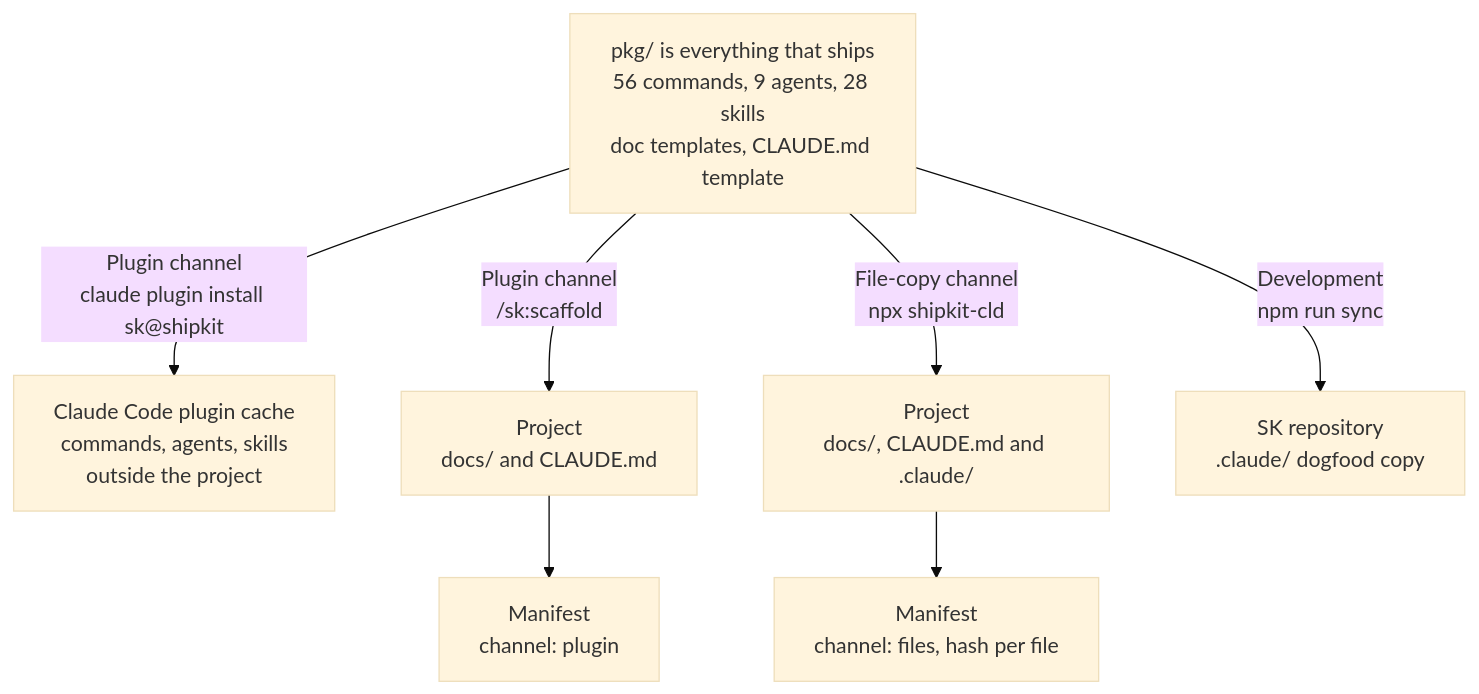
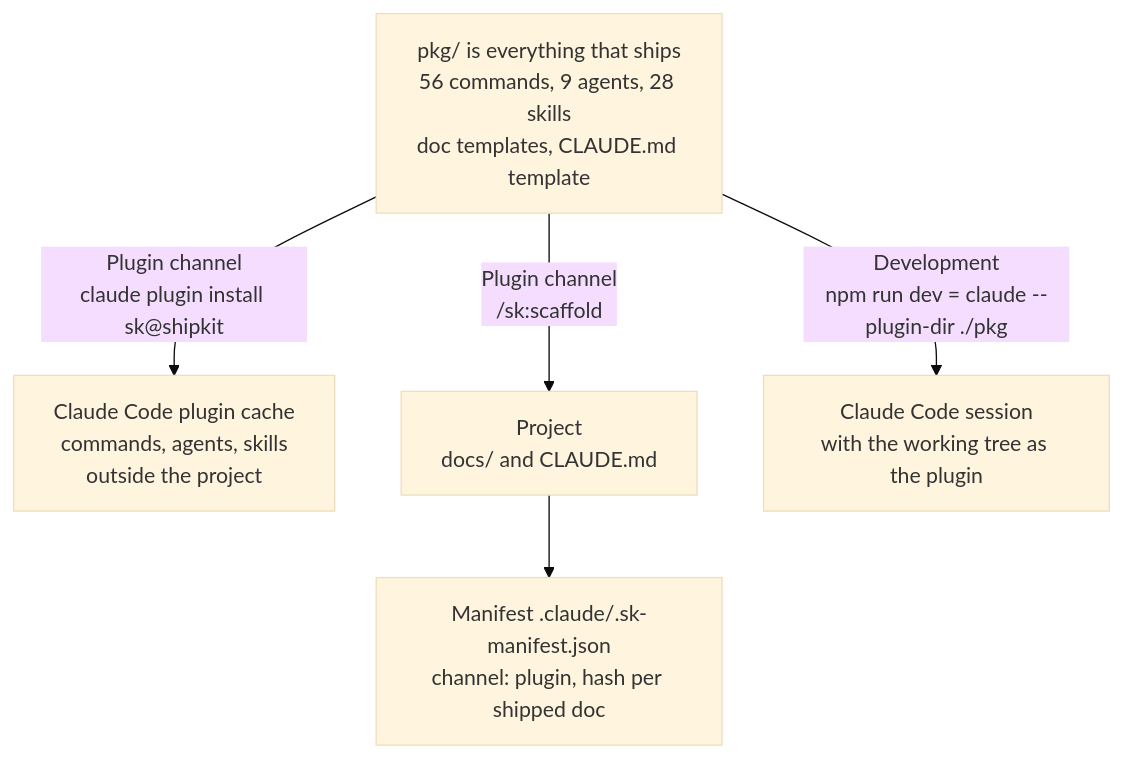
The diagram in docs/architecture/README.md (moniav/sk), drawn with Mermaid (base theme) before and after one commit. The commit also changed other lines of this file and 138 other files, not shown here.

First line of the commit message:
feat!: plugin is the only distribution channel; npx file-copy install removed

````diff
--- a/docs/architecture/README.md
+++ b/docs/architecture/README.md
@@ -15,12 +15,10 @@
 ```mermaid
 graph TD
     PKG["pkg/ is everything that ships<br/>56 commands, 9 agents, 28 skills<br/>doc templates, CLAUDE.md template"]
 
     PKG -->|"Plugin channel<br/>claude plugin install sk@shipkit"| CACHE["Claude Code plugin cache<br/>commands, agents, skills<br/>outside the project"]
     PKG -->|"Plugin channel<br/>/sk:scaffold"| PDOCS["Project<br/>docs/ and CLAUDE.md"]
-    PKG -->|"File-copy channel<br/>npx shipkit-cld"| PALL["Project<br/>docs/, CLAUDE.md and .claude/"]
-    PKG -->|"Development<br/>npm run sync"| DOG["SK repository<br/>.claude/ dogfood copy"]
+    PKG -->|"Development<br/>npm run dev = claude --plugin-dir ./pkg"| DOG["Claude Code session<br/>with the working tree as the plugin"]
 
-    PDOCS --> MAN1["Manifest<br/>channel: plugin"]
-    PALL --> MAN2["Manifest<br/>channel: files, hash per file"]
+    PDOCS --> MAN1["Manifest .claude/.sk-manifest.json<br/>channel: plugin, hash per shipped doc"]
 ```
````
